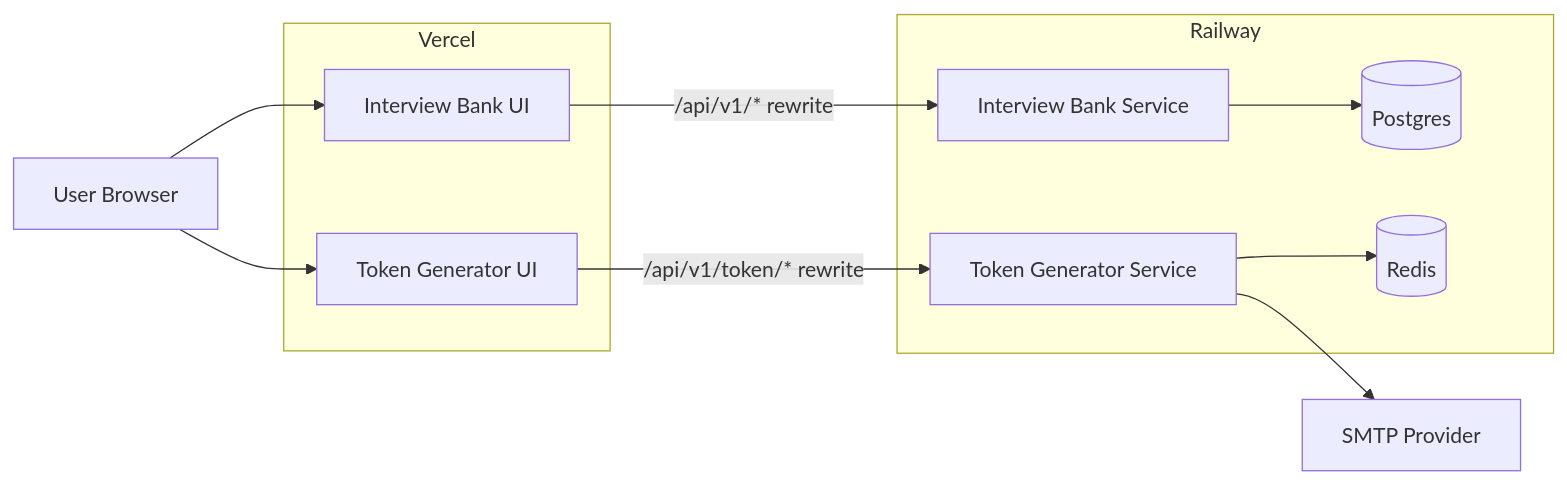
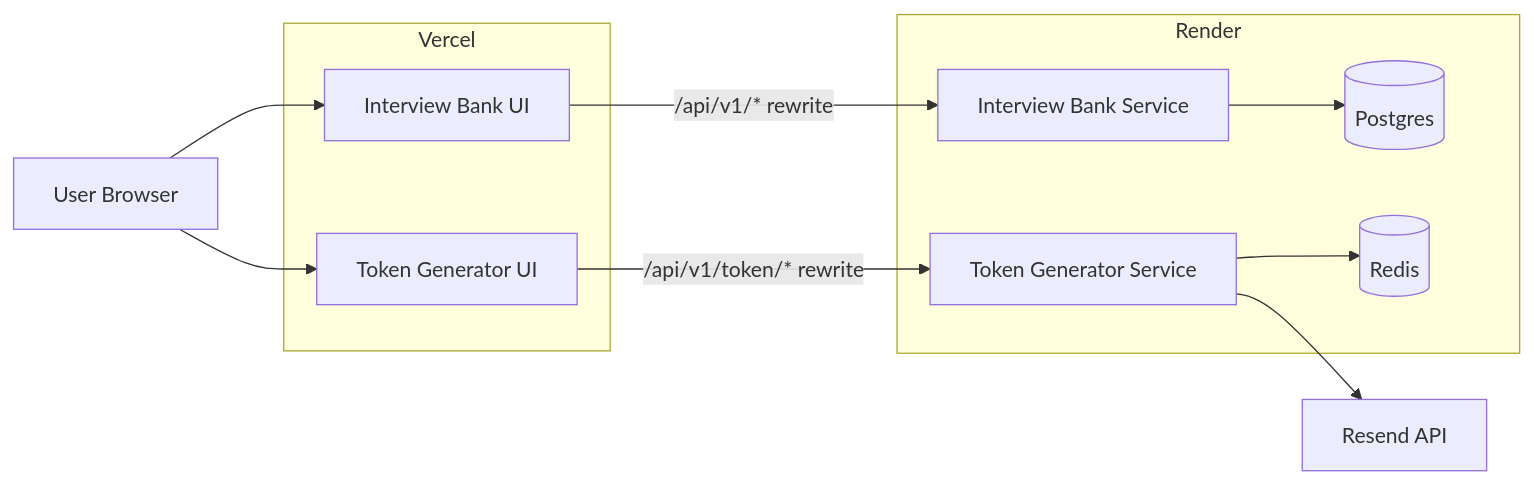
Before and after one commit to chiranjeev-21/InterviewStack: the first of 3 diagrams in ARCHITECTURE.md, drawn with Mermaid. The commit also changed other lines of this file and 2 other files, not shown here.

Commit message:
Add documentation for the resend api migration from smtp

````diff
--- a/ARCHITECTURE.md
+++ b/ARCHITECTURE.md
@@ -20,28 +20,28 @@
 ```mermaid
 flowchart LR
     U[User Browser]
 
     subgraph Vercel
         IUI[Interview Bank UI]
         TUI[Token Generator UI]
     end
 
-    subgraph Railway
+    subgraph Render
         IAPI[Interview Bank Service]
         TAPI[Token Generator Service]
         PG[(Postgres)]
         RD[(Redis)]
     end
 
-    SMTP[SMTP Provider]
+    RESEND[Resend API]
 
     U --> IUI
     U --> TUI
 
     IUI -->|/api/v1/* rewrite| IAPI
     TUI -->|/api/v1/token/* rewrite| TAPI
 
     IAPI --> PG
     TAPI --> RD
-    TAPI --> SMTP
+    TAPI --> RESEND
 ```
````
